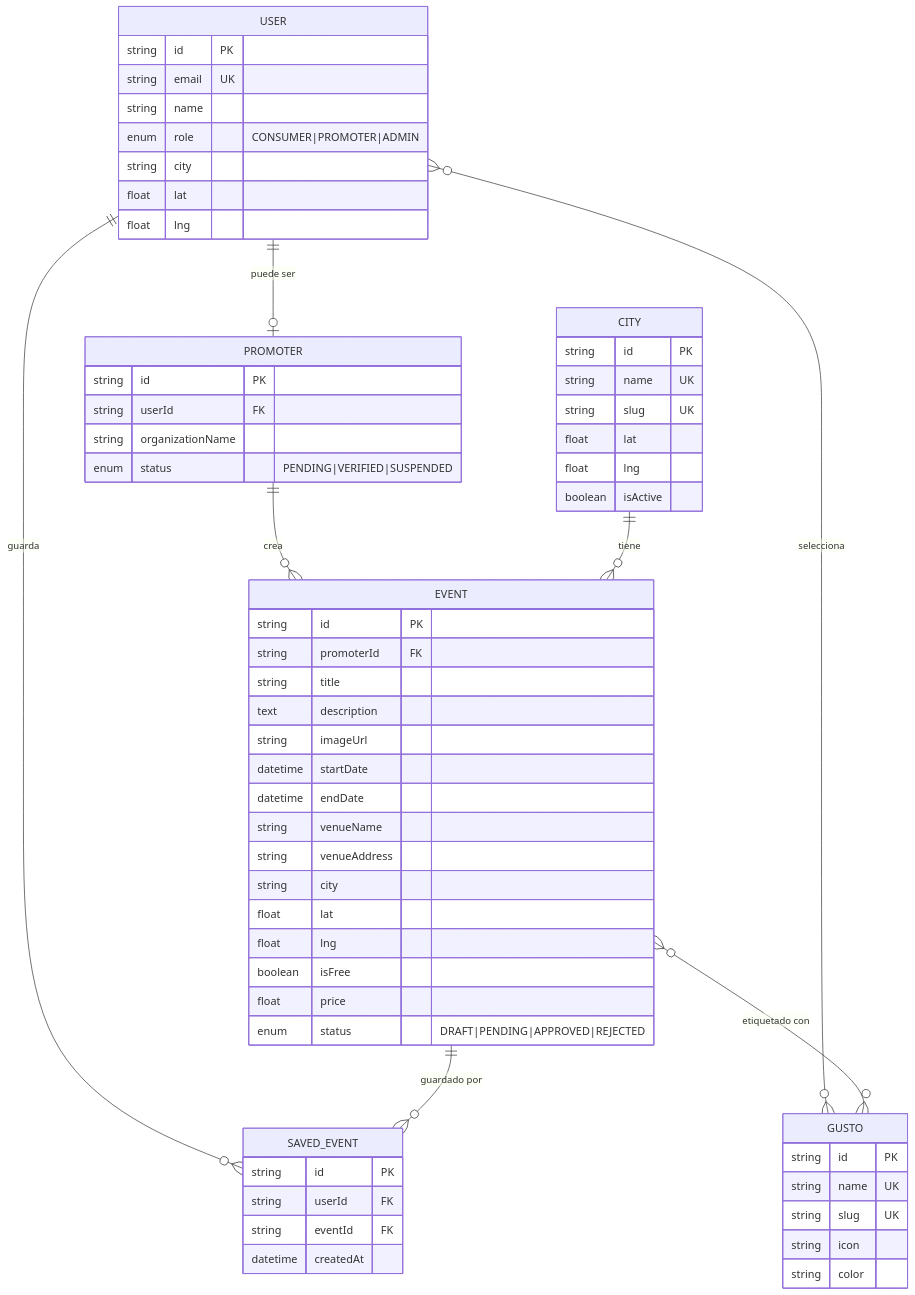
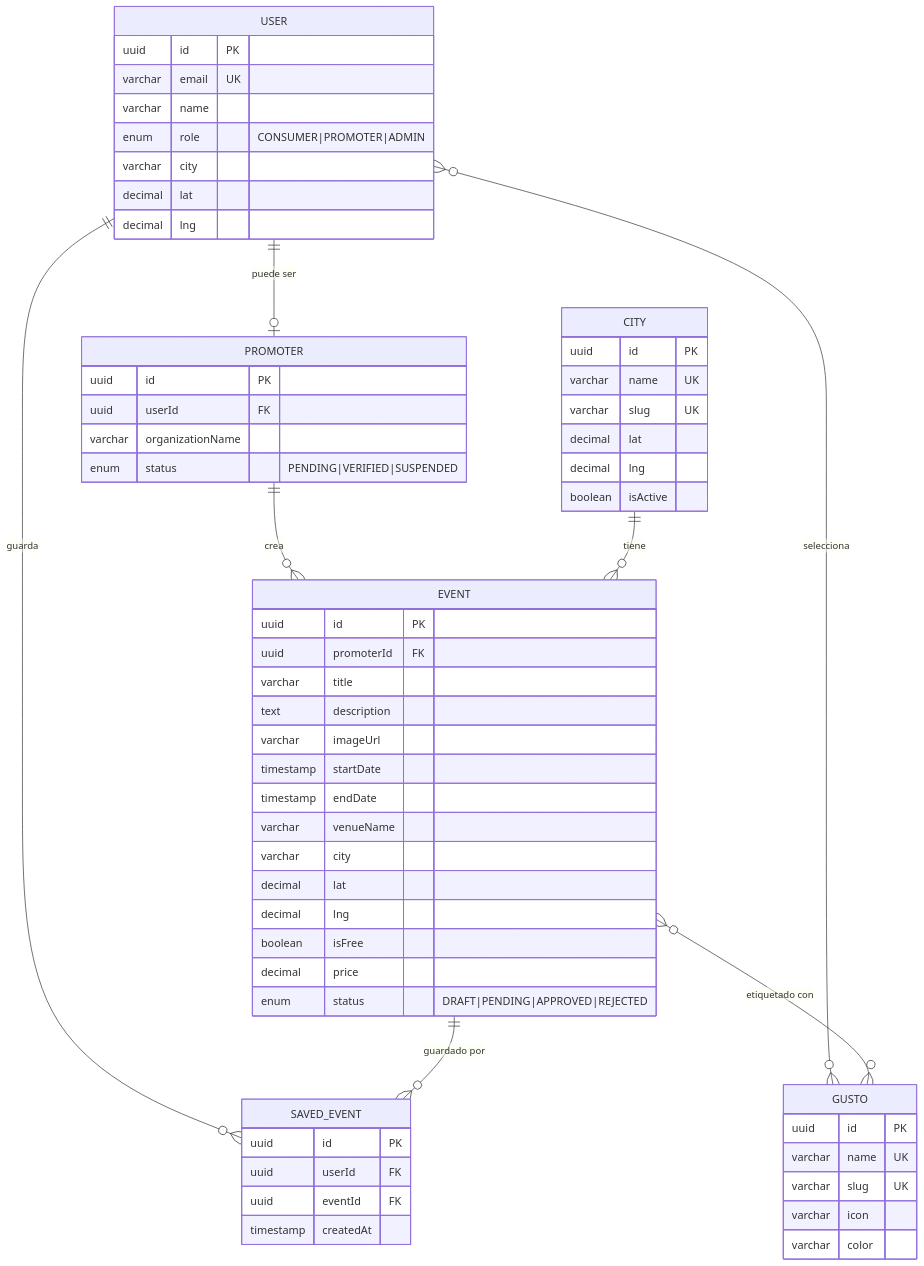
One commit to juansuarez-pragma/amigusto_doc changed the fourth of 12 diagrams in DIAGRAMAS.md. Above: the diagram before and after it, drawn with Mermaid. The commit also changed other lines of this file and 2 other files, not shown here.

````diff
--- a/DIAGRAMAS.md
+++ b/DIAGRAMAS.md
@@ -152,72 +161,71 @@
 ```mermaid
 erDiagram
     USER ||--o{ SAVED_EVENT : guarda
     USER ||--o| PROMOTER : "puede ser"
     USER }o--o{ GUSTO : selecciona
 
     PROMOTER ||--o{ EVENT : crea
 
     EVENT }o--o{ GUSTO : "etiquetado con"
     EVENT ||--o{ SAVED_EVENT : "guardado por"
 
     CITY ||--o{ EVENT : "tiene"
 
     USER {
-        string id PK
-        string email UK
-        string name
+        uuid id PK
+        varchar email UK
+        varchar name
         enum role "CONSUMER|PROMOTER|ADMIN"
-        string city
-        float lat
-        float lng
+        varchar city
+        decimal lat
+        decimal lng
     }
 
     PROMOTER {
-        string id PK
-        string userId FK
-        string organizationName
+        uuid id PK
+        uuid userId FK
+        varchar organizationName
         enum status "PENDING|VERIFIED|SUSPENDED"
     }
 
     EVENT {
-        string id PK
-        string promoterId FK
-        string title
+        uuid id PK
+        uuid promoterId FK
+        varchar title
         text description
-        string imageUrl
-        datetime startDate
-        datetime endDate
-        string venueName
-        string venueAddress
-        string city
-        float lat
-        float lng
+        varchar imageUrl
+        timestamp startDate
+        timestamp endDate
+        varchar venueName
+        varchar city
+        decimal lat
+        decimal lng
         boolean isFree
-        float price
+        decimal price
         enum status "DRAFT|PENDING|APPROVED|REJECTED"
     }
 
     GUSTO {
-        string id PK
-        string name UK
-        string slug UK
-        string icon
-        string color
+        uuid id PK
+        varchar name UK
+        varchar slug UK
+        varchar icon
+        varchar color
     }
 
     SAVED_EVENT {
-        string id PK
-        string userId FK
-        string eventId FK
-        datetime createdAt
+        uuid id PK
+        uuid userId FK
+        uuid eventId FK
+        timestamp createdAt
     }
 
     CITY {
-        string id PK
-        string name UK
-        string slug UK
-        float lat
-        float lng
+        uuid id PK
+        varchar name UK
+        varchar slug UK
+        decimal lat
+        decimal lng
         boolean isActive
     }
 ```
````
